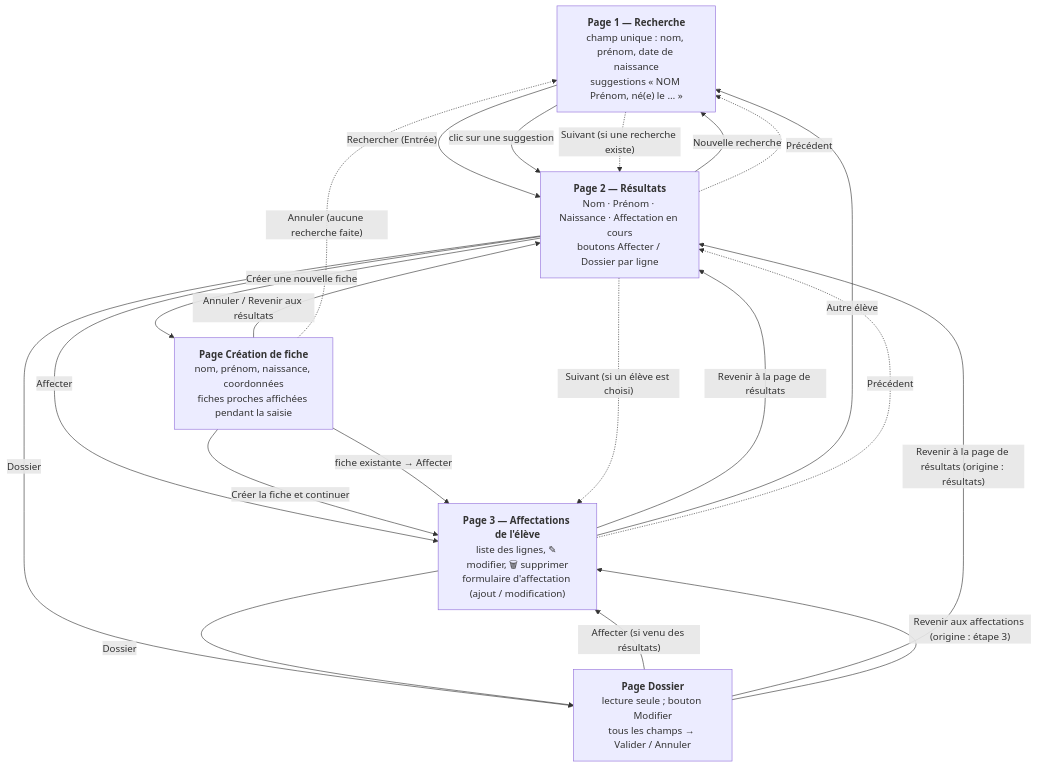
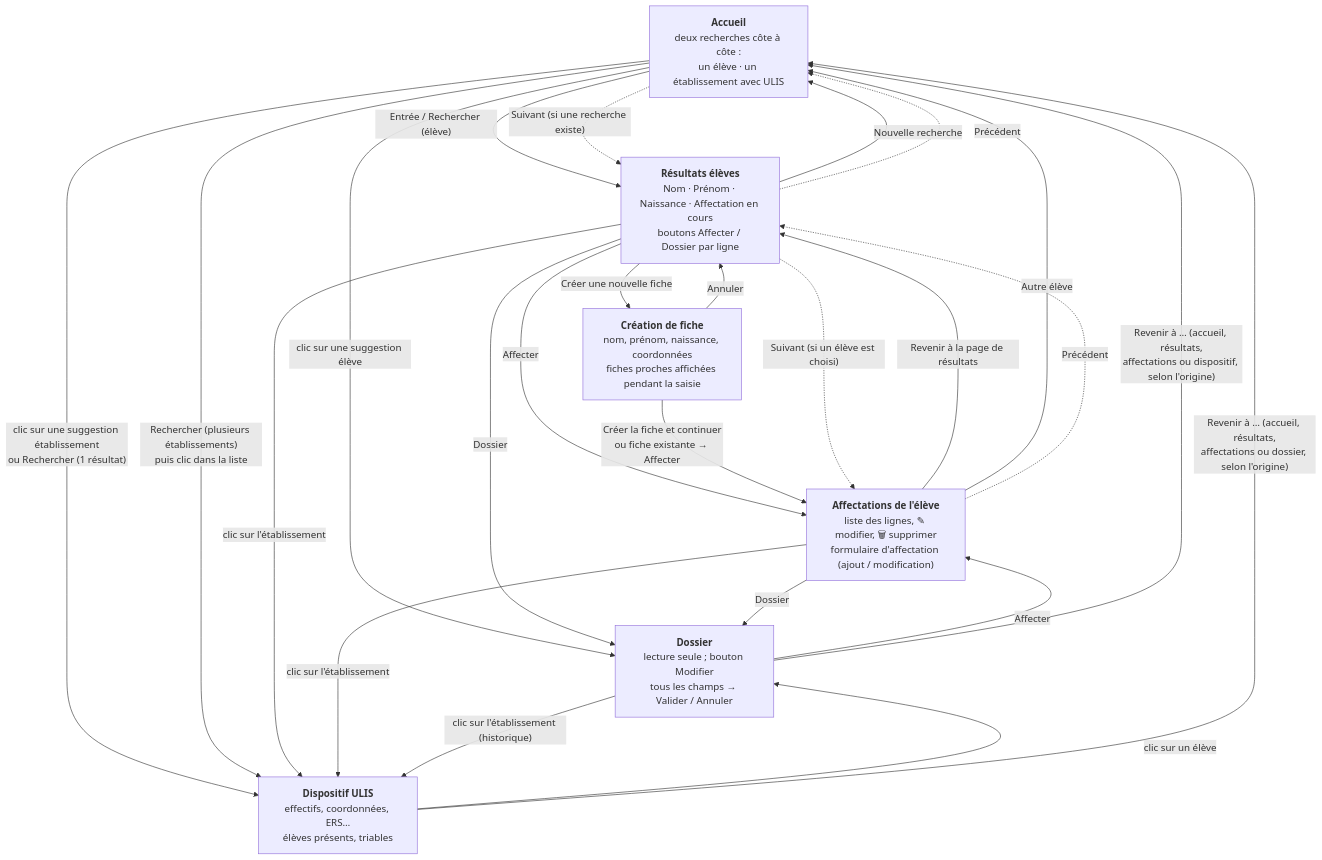
Before and after one commit to maximelacoste/grist-widget-affectation: the diagram in docs/navigation.md, drawn with Mermaid. The commit also changed other lines of this file and 7 other files, not shown here.

First line of the commit message:
Accueil à deux recherches (élève / établissement), page Dispositif ULIS, établissements cliquables, badge liste d'attente

````diff
--- a/docs/navigation.md
+++ b/docs/navigation.md
@@ -5,29 +5,34 @@
 ```mermaid
 flowchart TD
-    P1["<b>Page 1 — Recherche</b><br/>champ unique : nom, prénom, date de naissance<br/>suggestions « NOM Prénom, né(e) le … »"]
-    P2["<b>Page 2 — Résultats</b><br/>Nom · Prénom · Naissance · Affectation en cours<br/>boutons Affecter / Dossier par ligne"]
-    P3["<b>Page 3 — Affectations de l'élève</b><br/>liste des lignes, ✎ modifier, 🗑 supprimer<br/>formulaire d'affectation (ajout / modification)"]
-    PC["<b>Page Création de fiche</b><br/>nom, prénom, naissance, coordonnées<br/>fiches proches affichées pendant la saisie"]
-    PD["<b>Page Dossier</b><br/>lecture seule ; bouton Modifier<br/>tous les champs → Valider / Annuler"]
+    P1["<b>Accueil</b><br/>deux recherches côte à côte :<br/>un élève · un établissement avec ULIS"]
+    P2["<b>Résultats élèves</b><br/>Nom · Prénom · Naissance · Affectation en cours<br/>boutons Affecter / Dossier par ligne"]
+    P3["<b>Affectations de l'élève</b><br/>liste des lignes, ✎ modifier, 🗑 supprimer<br/>formulaire d'affectation (ajout / modification)"]
+    PC["<b>Création de fiche</b><br/>nom, prénom, naissance, coordonnées<br/>fiches proches affichées pendant la saisie"]
+    PD["<b>Dossier</b><br/>lecture seule ; bouton Modifier<br/>tous les champs → Valider / Annuler"]
+    PE["<b>Dispositif ULIS</b><br/>effectifs, coordonnées, ERS…<br/>élèves présents, triables"]
 
-    P1 -->|"Rechercher (Entrée)"| P2
-    P1 -->|"clic sur une suggestion"| P2
+    P1 -->|"Entrée / Rechercher (élève)"| P2
+    P1 -->|"clic sur une suggestion élève"| PD
+    P1 -->|"clic sur une suggestion établissement<br/>ou Rechercher (1 résultat)"| PE
+    P1 -->|"Rechercher (plusieurs établissements)<br/>puis clic dans la liste"| PE
     P2 -->|"Affecter"| P3
     P2 -->|"Dossier"| PD
+    P2 -->|"clic sur l'établissement"| PE
     P2 -->|"Créer une nouvelle fiche"| PC
     P2 -->|"Nouvelle recherche"| P1
-    PC -->|"Créer la fiche et continuer"| P3
-    PC -->|"fiche existante → Affecter"| P3
-    PC -->|"Annuler / Revenir aux résultats"| P2
-    PC -.->|"Annuler (aucune recherche faite)"| P1
+    PC -->|"Créer la fiche et continuer<br/>ou fiche existante → Affecter"| P3
+    PC -->|"Annuler"| P2
     P3 -->|"Dossier"| PD
+    P3 -->|"clic sur l'établissement"| PE
     P3 -->|"Revenir à la page de résultats"| P2
     P3 -->|"Autre élève"| P1
-    PD -->|"Affecter (si venu des résultats)"| P3
-    PD -->|"Revenir à la page de résultats (origine : résultats)"| P2
-    PD -->|"Revenir aux affectations (origine : étape 3)"| P3
+    PD -->|"Affecter"| P3
+    PD -->|"clic sur l'établissement (historique)"| PE
+    PD -->|"Revenir à … (accueil, résultats,<br/>affectations ou dispositif, selon l'origine)"| P1
+    PE -->|"clic sur un élève"| PD
+    PE -->|"Revenir à … (accueil, résultats,<br/>affectations ou dossier, selon l'origine)"| P1
     P1 -.->|"Suivant (si une recherche existe)"| P2
     P2 -.->|"Précédent"| P1
     P2 -.->|"Suivant (si un élève est choisi)"| P3
     P3 -.->|"Précédent"| P2
 ```
````
